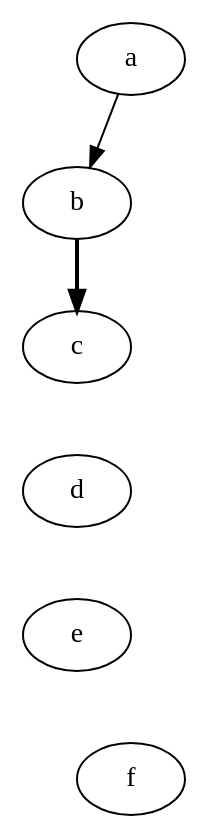
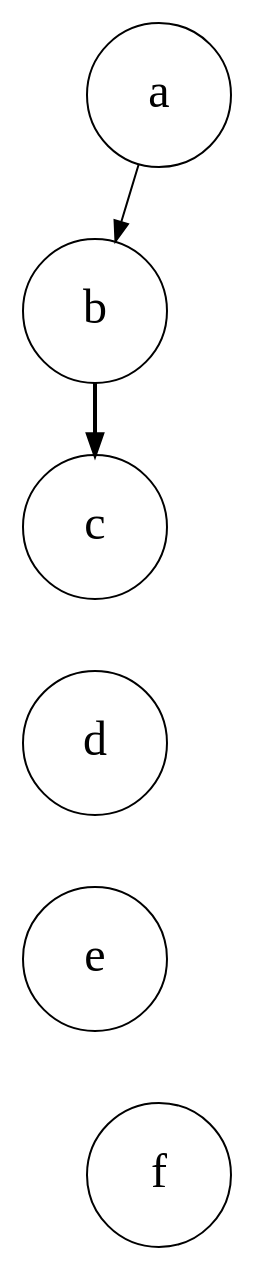
The diagram in diagram/2_grow.dot (create-ensemble/feedback), drawn with Graphviz before and after one commit. The commit also changed 22 other files, not shown here.

Commit message:
a few diagram improvements; update to rewrite of matrix mixer

```diff
--- a/diagram/2_grow.dot
+++ b/diagram/2_grow.dot
@@ -1,8 +1,9 @@
 digraph grow1 {
+  node [shape=circle, fixedsize=true, width=1.0, height=1.0, fontsize=24]
   a -> b
   b -> c [penwidth=2]
   c -> d [style=invis]
   d -> e [style=invis]
   e -> f [style=invis]
   f -> a [style=invis]
 }
```
